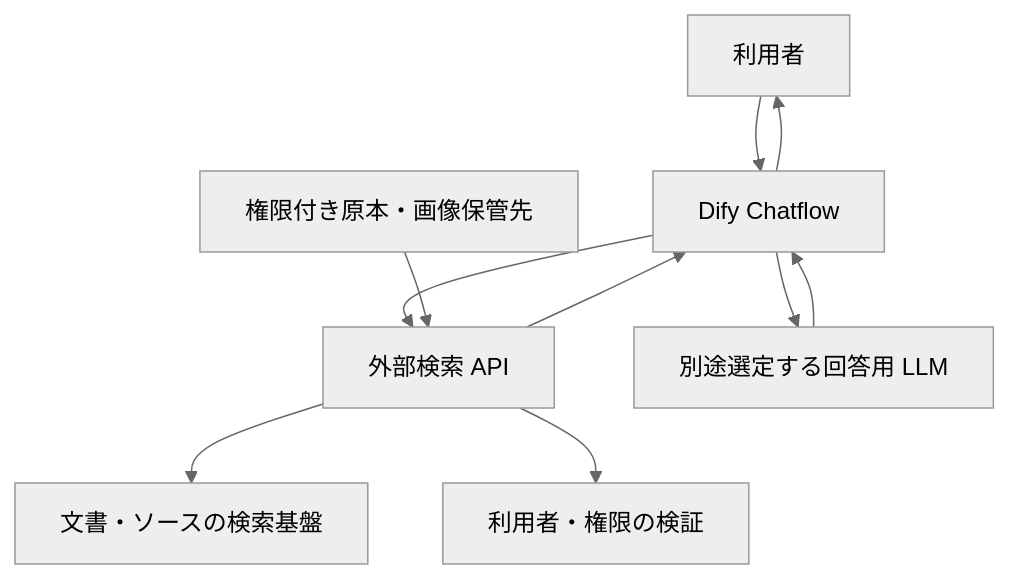
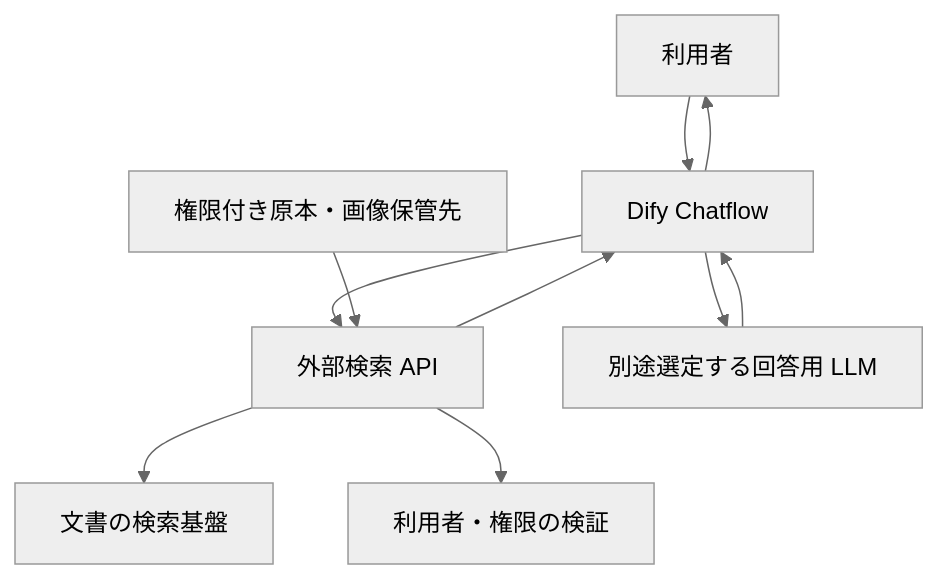
Before and after one commit to yiluoke/2026-file-scan: the diagram in docs/design/03-llm-chat.md, drawn with Mermaid (neutral theme). The commit also changed other lines of this file and 47 other files, not shown here.

````diff
--- a/docs/design/03-llm-chat.md
+++ b/docs/design/03-llm-chat.md
@@ -24,12 +27,12 @@
 ```mermaid
 flowchart TD
     U[利用者] --> D[Dify Chatflow]
     D --> R[外部検索 API]
-    R --> K[文書・ソースの検索基盤]
+    R --> K[文書の検索基盤]
     R --> A[利用者・権限の検証]
     R --> D
     D --> L[別途選定する回答用 LLM]
     L --> D
     D --> U
     O[権限付き原本・画像保管先] --> R
 ```
````
